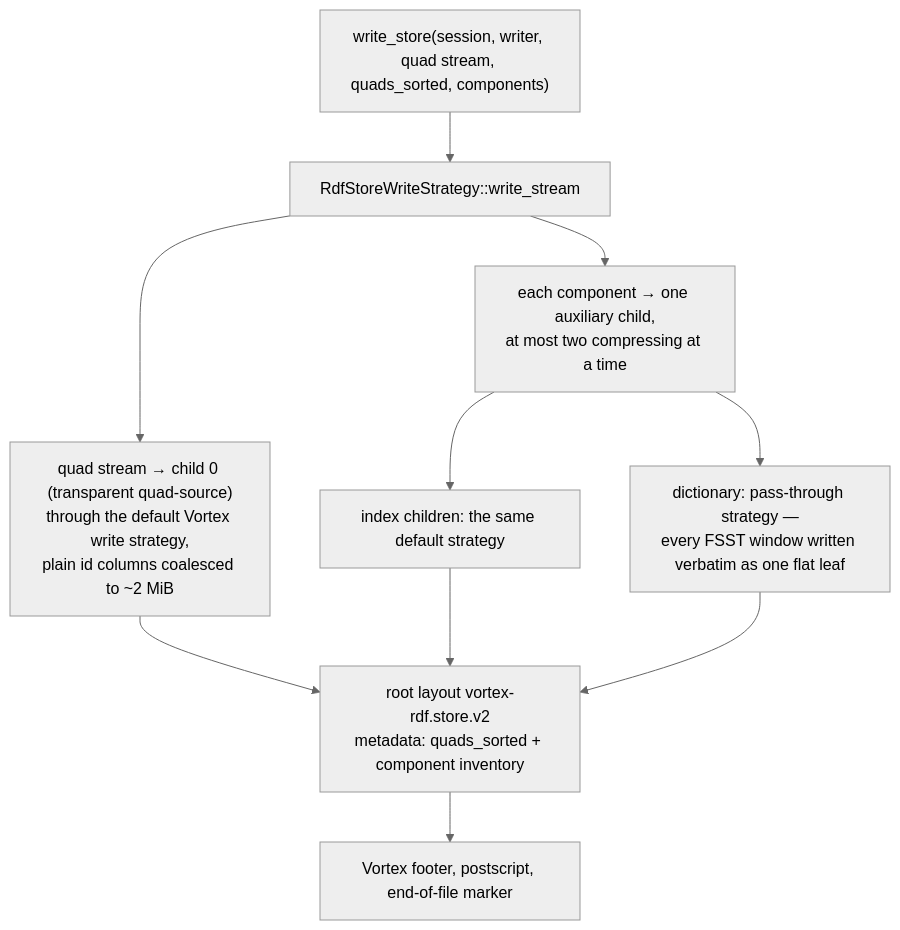
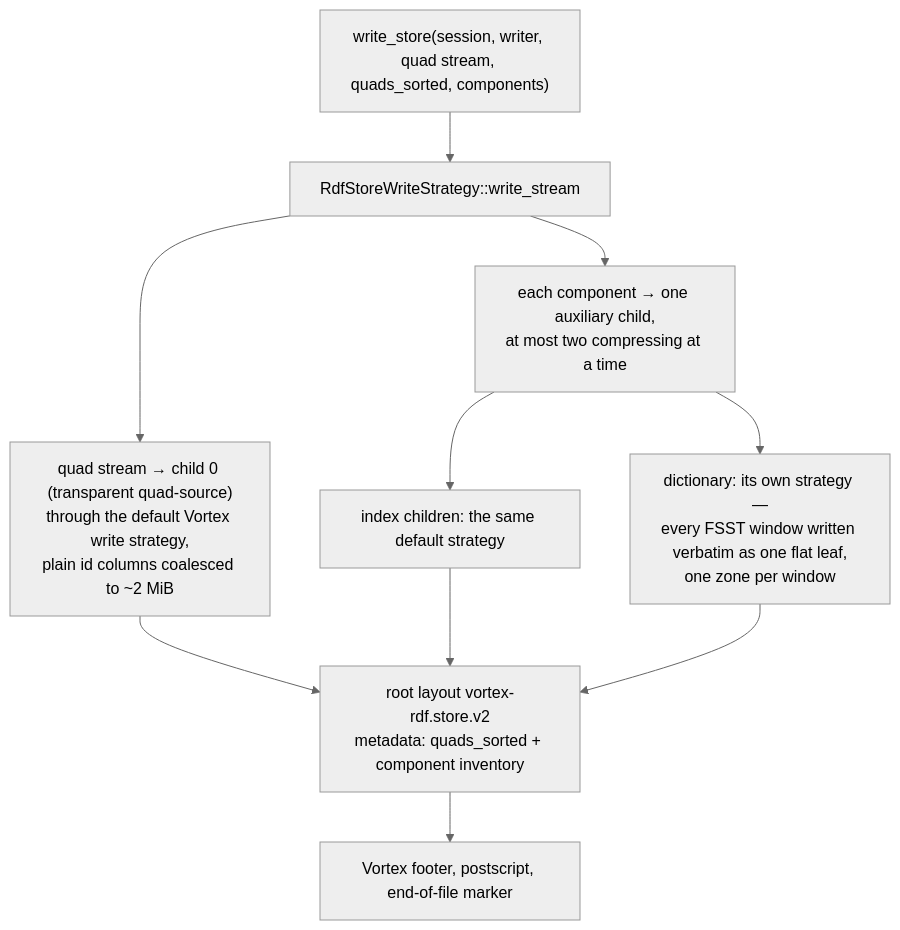
Before and after one commit to vortex-rdf/vortex-rdf: the fourth of 4 diagrams in docs/serialization.md, drawn with Mermaid (neutral theme). The commit also changed other lines of this file and 1 other file, not shown here.

````diff
--- a/docs/serialization.md
+++ b/docs/serialization.md
@@ -379,12 +379,12 @@
 ```mermaid
 flowchart TD
     W["write_store(session, writer, quad stream, quads_sorted, components)"] --> S["RdfStoreWriteStrategy::write_stream"]
     S --> Q["quad stream → child 0 (transparent quad-source)<br/>through the default Vortex write strategy,<br/>plain id columns coalesced to ~2 MiB"]
     S --> C["each component → one auxiliary child,<br/>at most two compressing at a time"]
     C --> C1["index children: the same default strategy"]
-    C --> C2["dictionary: pass-through strategy —<br/>every FSST window written verbatim as one flat leaf"]
+    C --> C2["dictionary: its own strategy —<br/>every FSST window written verbatim as one flat leaf,<br/>one zone per window"]
     Q --> R["root layout vortex-rdf.store.v2<br/>metadata: quads_sorted + component inventory"]
     C1 --> R
     C2 --> R
     R --> F["Vortex footer, postscript, end-of-file marker"]
 ```
````
